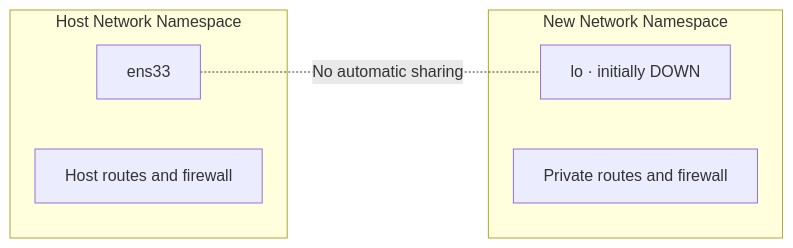
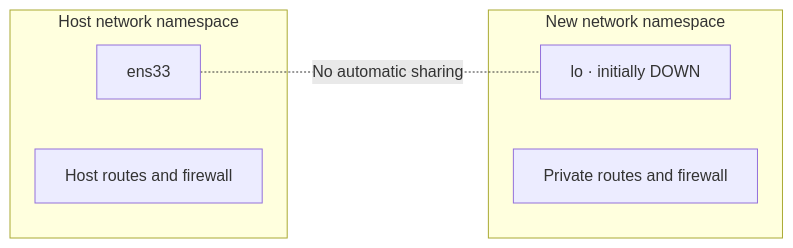
One commit to yul1ux/linux-containers-under-the-hood changed the third of 4 diagrams in docs/part-02-kernel-isolation/chapter-03-linux-namespaces.md. Above: the diagram before and after it, drawn with Mermaid. The commit also changed other lines of this file, not shown here.

````diff
--- a/docs/part-02-kernel-isolation/chapter-03-linux-namespaces.md
+++ b/docs/part-02-kernel-isolation/chapter-03-linux-namespaces.md
@@ -177,12 +150,12 @@
 ```mermaid
 flowchart LR
-    subgraph HOST[Host Network Namespace]
+    subgraph HOST[Host network namespace]
       H1[ens33]
       H2[Host routes and firewall]
     end
-    subgraph CONTAINER[New Network Namespace]
+    subgraph CONTAINER[New network namespace]
       C1[lo · initially DOWN]
       C2[Private routes and firewall]
     end
     H1 -.-|No automatic sharing| C1
 ```
````
